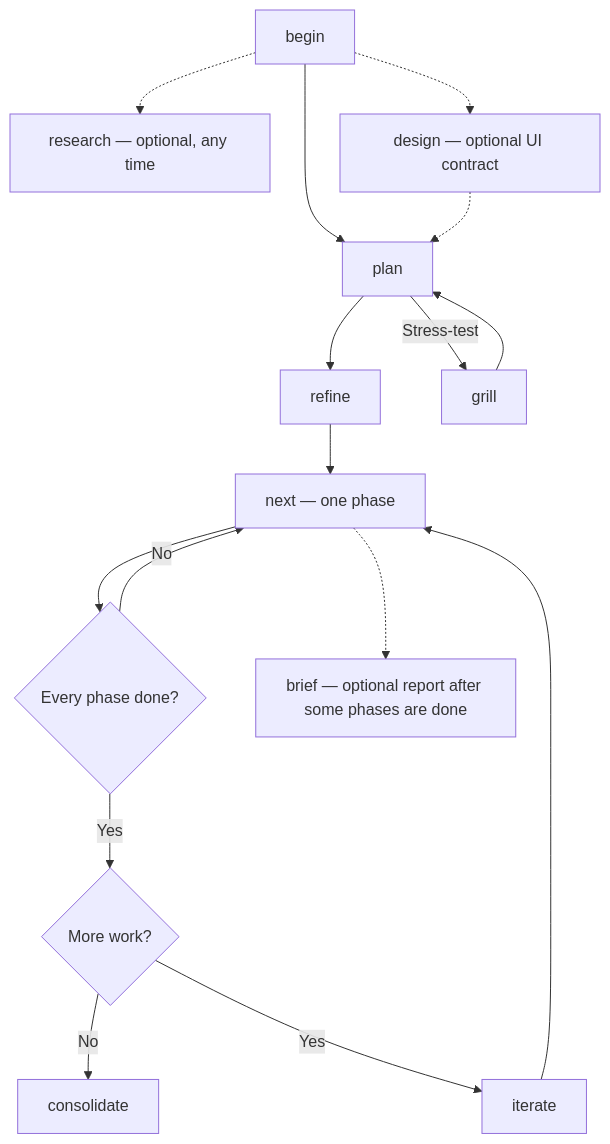
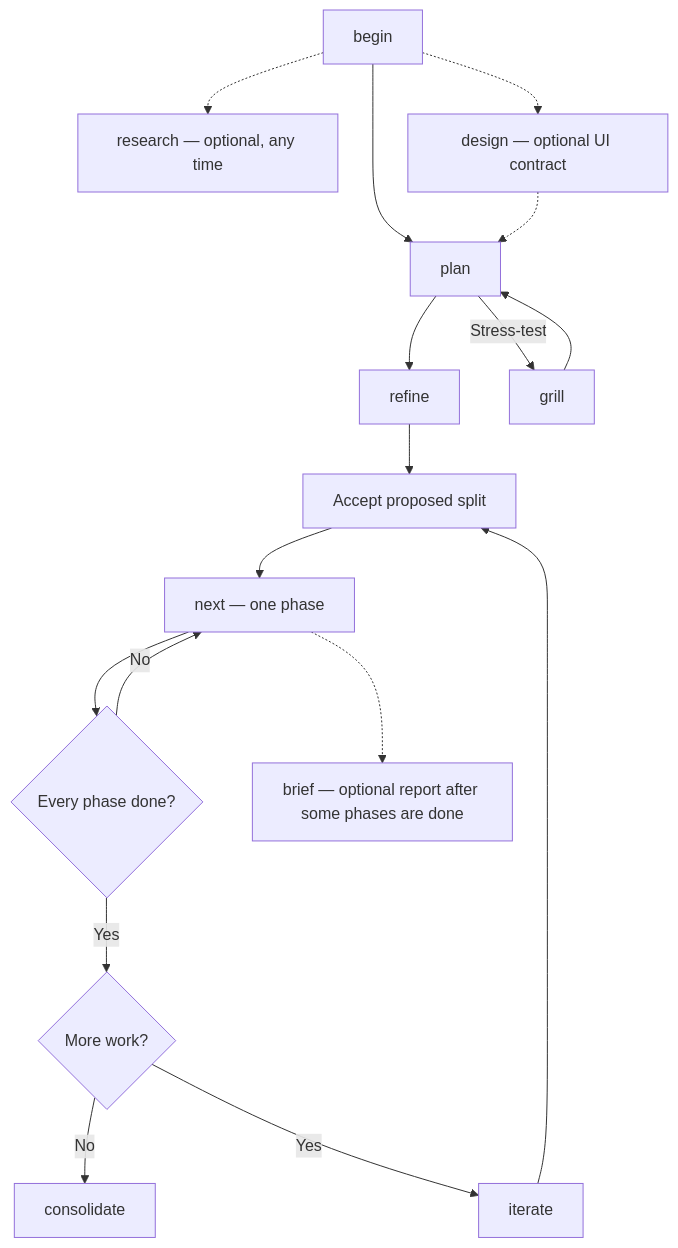
One commit to getkoi/site changed the first of 2 diagrams in src/content/docs/junji/guide.mdx. Above: the diagram before and after it, drawn with Mermaid. The commit also changed other lines of this file and 8 other files, not shown here.

````diff
--- a/src/content/docs/junji/guide.mdx
+++ b/src/content/docs/junji/guide.mdx
@@ -33,20 +33,21 @@
 ```mermaid
 flowchart TD
   accTitle: Junji verb pipeline
   accDescr: Begin leads to Plan, Refine and repeated Next calls. Grill sharpens Plan. After all phases are done, consolidate or use Iterate to add more phases. Research and Design are optional; Brief reports completed work.
   begin[begin] --> plan[plan]
   plan --> refine[refine]
   plan -->|Stress-test| grill[grill]
   grill --> plan
-  refine --> next["next — one phase"]
+  refine --> acceptance["Accept proposed split"]
+  acceptance --> next["next — one phase"]
   next --> done{"Every phase done?"}
   done -->|No| next
   done -->|Yes| choice{"More work?"}
   choice -->|No| consolidate[consolidate]
   choice -->|Yes| iterate[iterate]
-  iterate --> next
+  iterate --> acceptance
   begin -.-> research["research — optional, any time"]
   begin -.-> design["design — optional UI contract"]
   design -.-> plan
   next -.-> brief["brief — optional report after some phases are done"]
 ```
````
